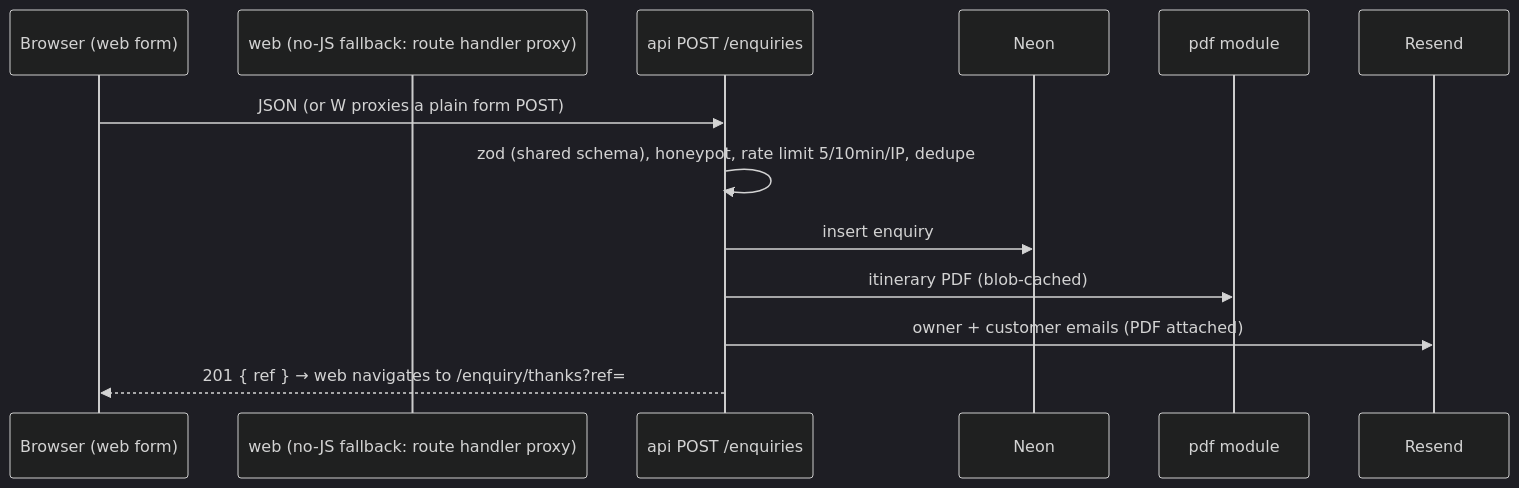
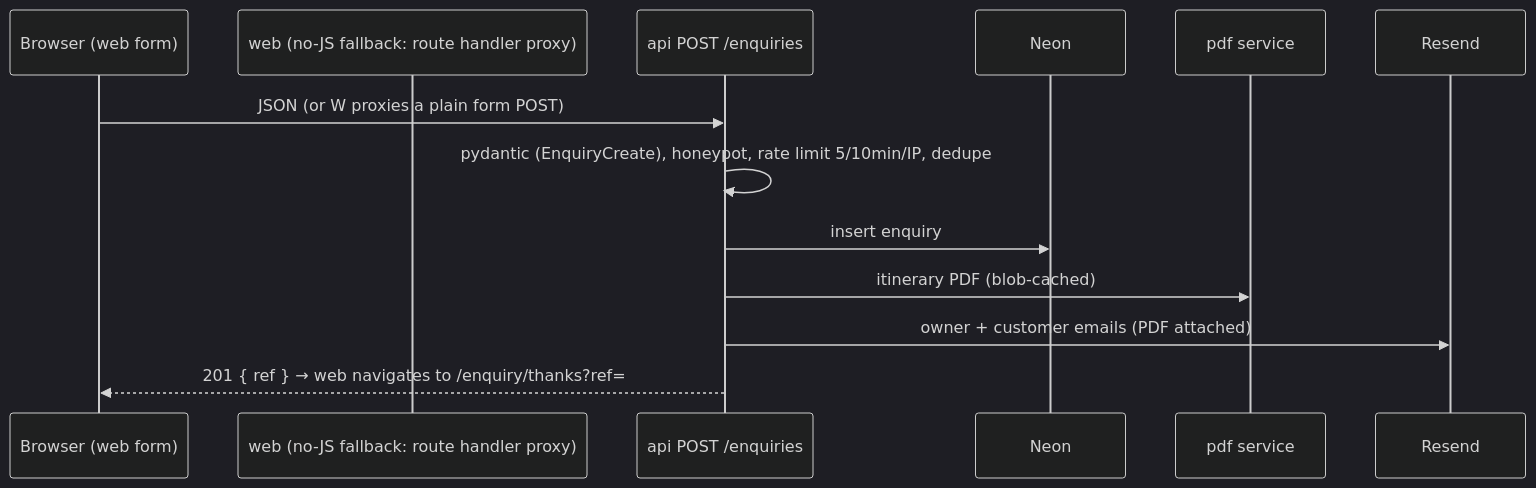
One commit to virajdomadia/tripsmith changed the third of 3 diagrams in docs/05-architecture.md. Above: the diagram before and after it, drawn with Mermaid (dark theme). The commit also changed other lines of this file and 7 other files, not shown here.

````diff
--- a/docs/05-architecture.md
+++ b/docs/05-architecture.md
@@ -131,15 +138,15 @@
 ```mermaid
 sequenceDiagram
   participant B as Browser (web form)
   participant W as web (no-JS fallback: route handler proxy)
   participant A as api POST /enquiries
   participant DB as Neon
-  participant P as pdf module
+  participant P as pdf service
   participant M as Resend
   B->>A: JSON (or W proxies a plain form POST)
-  A->>A: zod (shared schema), honeypot, rate limit 5/10min/IP, dedupe
+  A->>A: pydantic (EnquiryCreate), honeypot, rate limit 5/10min/IP, dedupe
   A->>DB: insert enquiry
   A->>P: itinerary PDF (blob-cached)
   A->>M: owner + customer emails (PDF attached)
   A-->>B: 201 { ref } → web navigates to /enquiry/thanks?ref=
 ```
````
